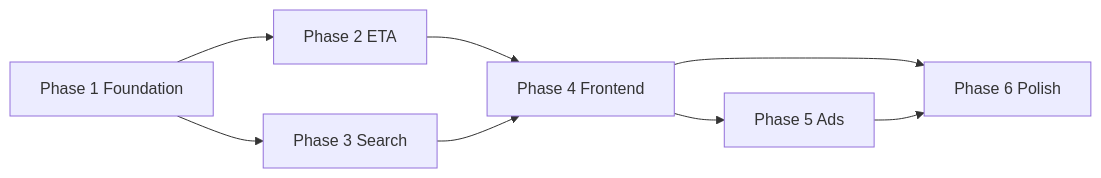
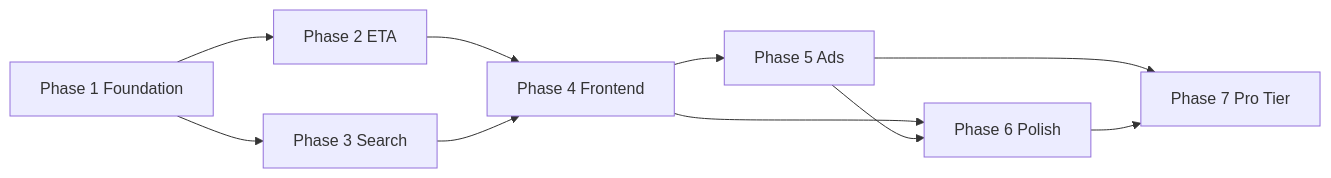
One commit to faworkshop/ptdashboard changed the diagram in docs/implementation-phases.md. Above: the diagram before and after it, drawn with Mermaid. The commit also changed other lines of this file and 3 other files, not shown here.

First line of the commit message:
Add Phase 7 monetization docs for Pro tier at HK$18/mo.

````diff
--- a/docs/implementation-phases.md
+++ b/docs/implementation-phases.md
@@ -110,10 +142,12 @@
 ```mermaid
 flowchart LR
   P1[Phase 1 Foundation] --> P2[Phase 2 ETA]
   P1 --> P3[Phase 3 Search]
   P2 --> P4[Phase 4 Frontend]
   P3 --> P4
   P4 --> P5[Phase 5 Ads]
   P4 --> P6[Phase 6 Polish]
   P5 --> P6
+  P5 --> P7[Phase 7 Pro Tier]
+  P6 --> P7
 ```
````
